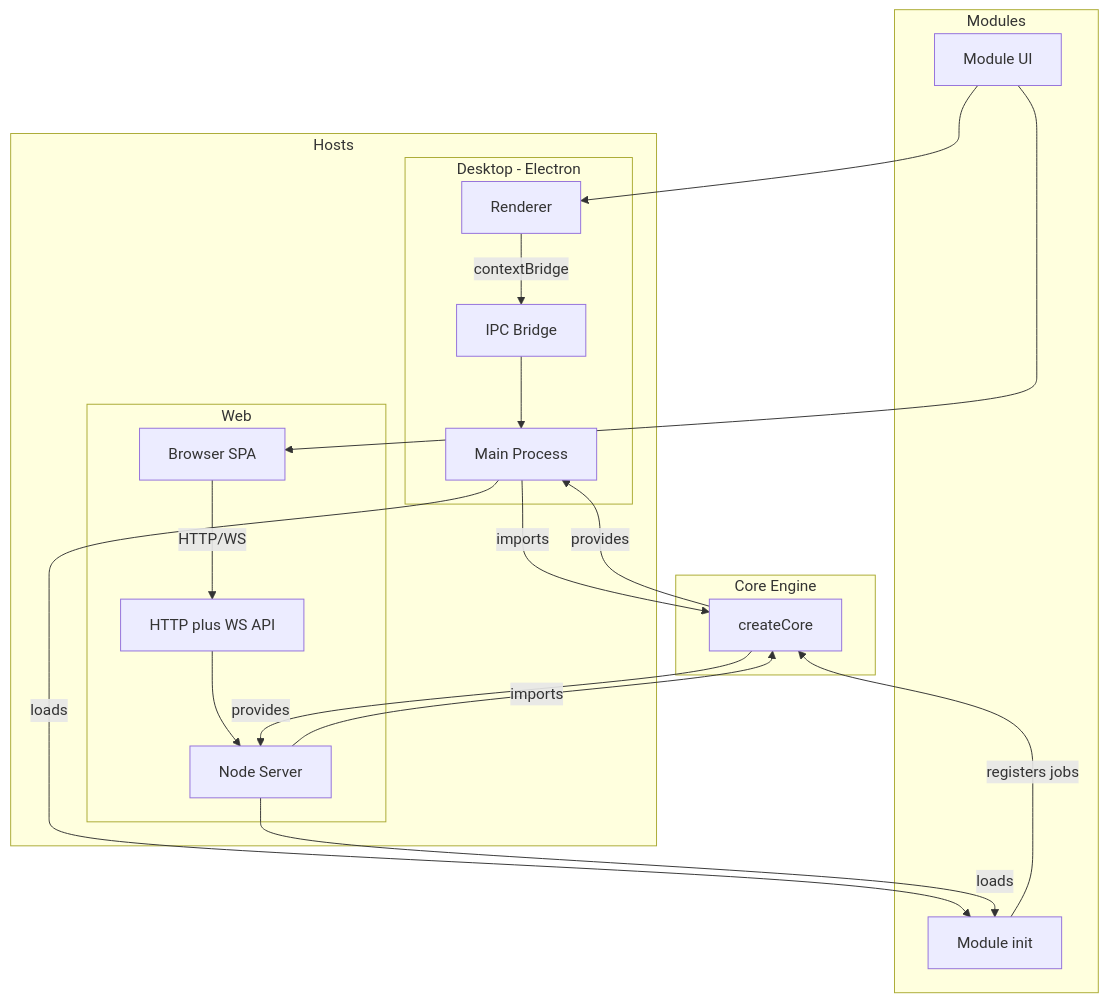
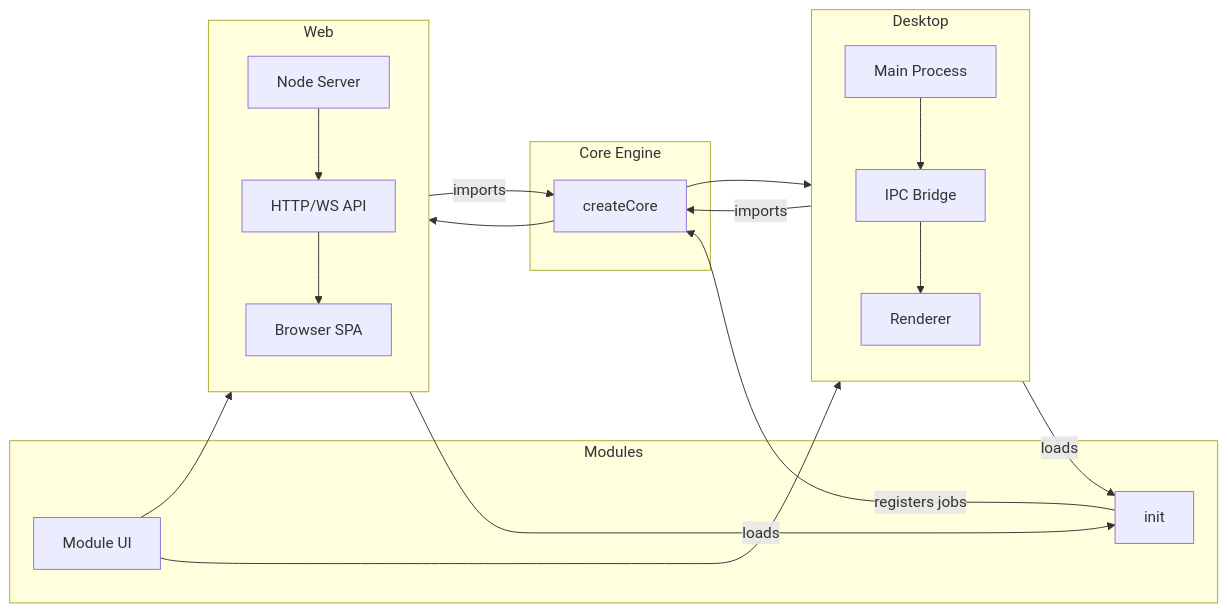
One commit to jeremysykes/aro-studio-apps-dev changed the diagram in README.md. Above: the diagram before and after it, drawn with Mermaid. The commit also changed other lines of this file and 2 other files, not shown here.

Commit message:
chore: cleanup readme documentation and diagrams plus warning message for hitting 3001 in browser

````diff
--- a/README.md
+++ b/README.md
@@ -9,40 +9,37 @@
 ```mermaid
-flowchart TB
-    subgraph Hosts [Hosts]
-        subgraph Desktop [Desktop - Electron]
-            DesktopMain[Main Process]
-            DesktopRenderer[Renderer]
-            DesktopIPC[IPC Bridge]
-        end
-        subgraph Web [Web]
-            WebBackend[Node Server]
-            WebFrontend[Browser SPA]
-            WebAPI[HTTP plus WS API]
-        end
+flowchart LR
+    subgraph desktop [Desktop]
+        direction TB
+        DMain[Main Process]
+        DIPC[IPC Bridge]
+        DRenderer[Renderer]
+        DMain --> DIPC --> DRenderer
     end
 
-    subgraph Engine [Core Engine]
-        Core[createCore]
+    subgraph web [Web]
+        direction TB
+        WBackend[Node Server]
+        WAPI[HTTP/WS API]
+        WFrontend[Browser SPA]
+        WBackend --> WAPI --> WFrontend
     end
 
-    subgraph Modules [Modules]
-        ModuleInit[Module init]
-        ModuleUI[Module UI]
+    subgraph core [Core Engine]
+        createCore[createCore]
     end
 
-    DesktopMain -->|imports| Core
-    DesktopMain -->|loads| ModuleInit
-    DesktopRenderer -->|contextBridge| DesktopIPC
-    DesktopIPC --> DesktopMain
-    ModuleUI --> DesktopRenderer
+    subgraph modules [Modules]
+        Init[init]
+        MUI[Module UI]
+    end
 
-    WebBackend -->|imports| Core
-    WebBackend -->|loads| ModuleInit
-    WebFrontend -->|HTTP/WS| WebAPI
-    WebAPI --> WebBackend
-    ModuleUI --> WebFrontend
-
-    ModuleInit -->|registers jobs| Core
-    Core -->|provides| DesktopMain
-    Core -->|provides| WebBackend
+    DMain -->|imports| createCore
+    WBackend -->|imports| createCore
+    DMain -->|loads| Init
+    WBackend -->|loads| Init
+    Init -->|registers jobs| createCore
+    createCore --> DMain
+    createCore --> WBackend
+    MUI --> DRenderer
+    MUI --> WFrontend
 ```
````
